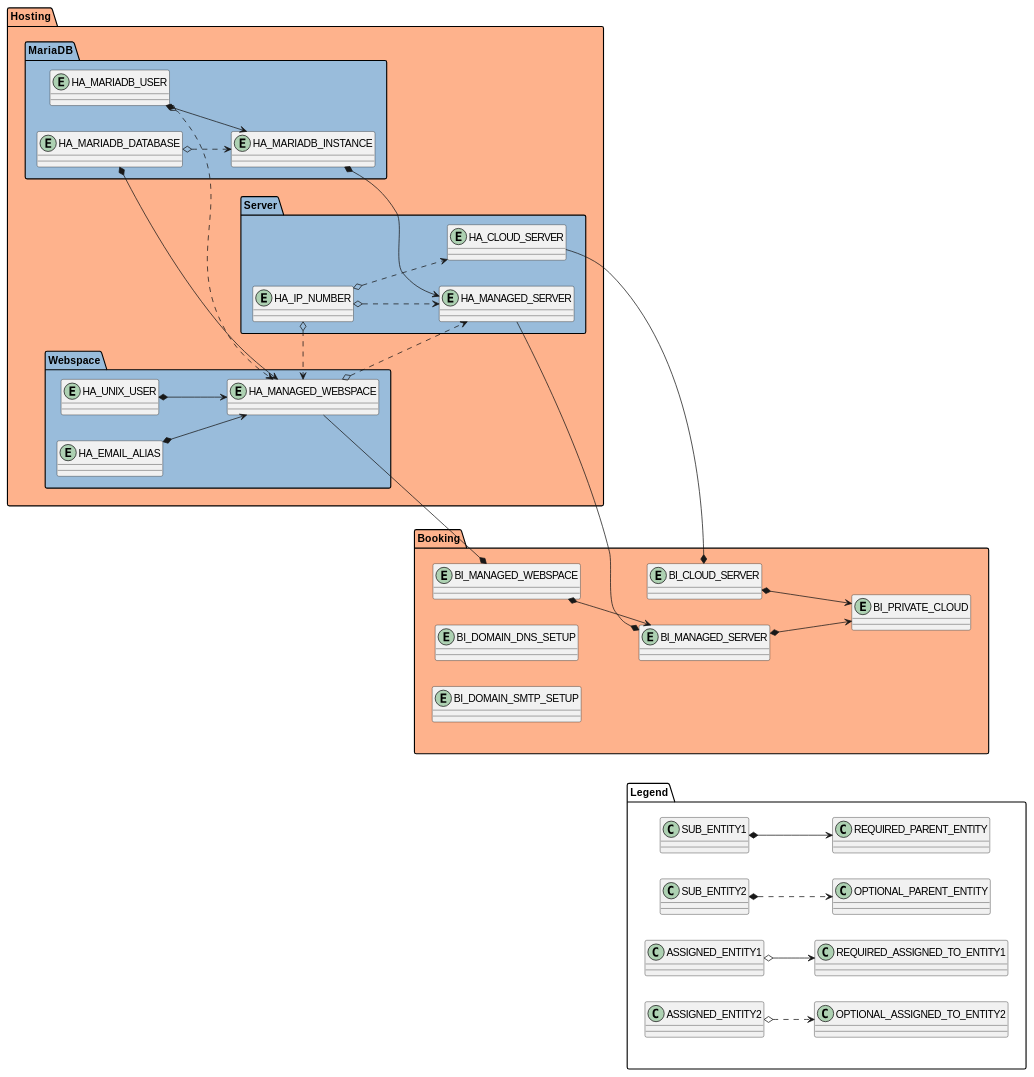
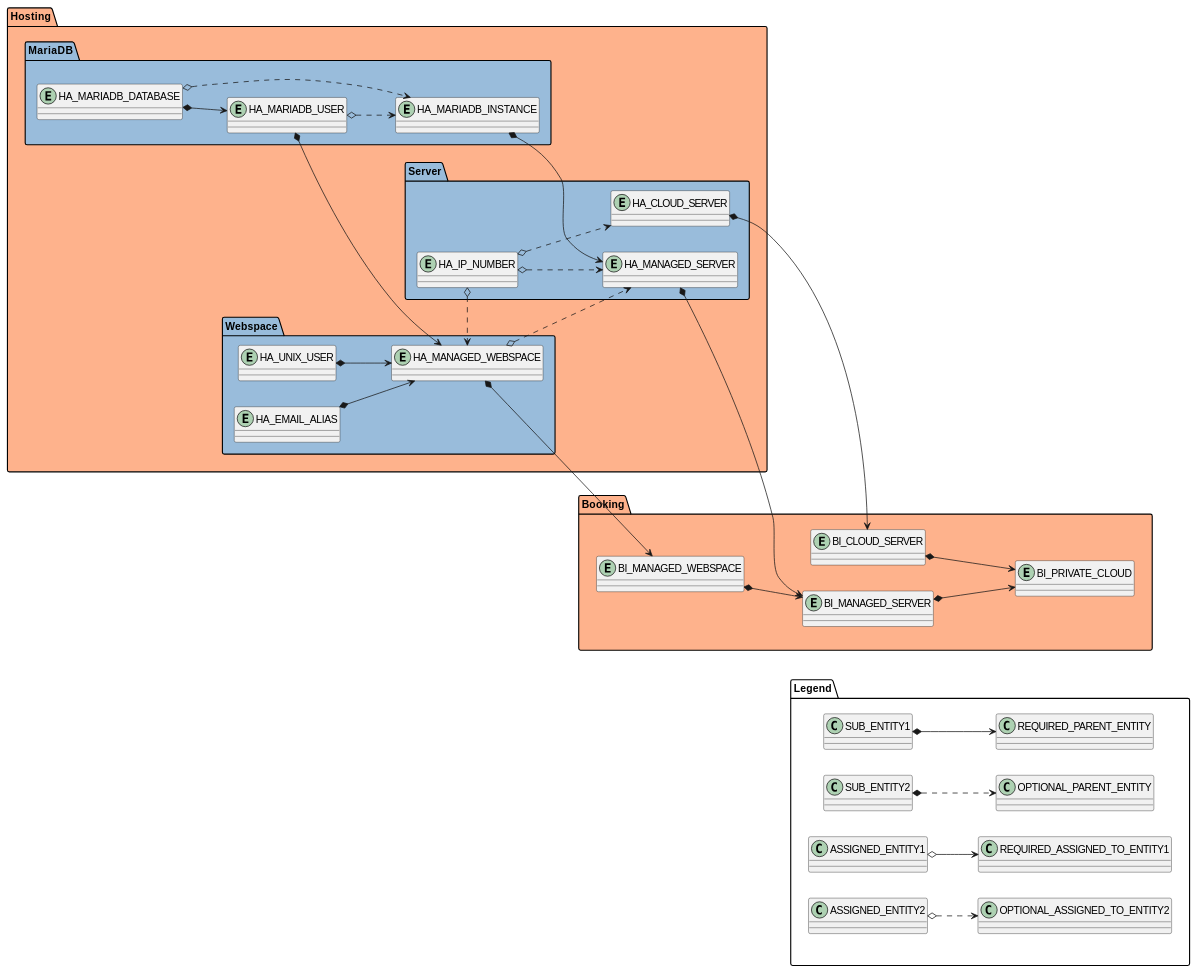
Before and after one commit to mhoennig/hs.hsadmin.ng: the second of 3 diagrams in doc/hs-hosting-asset-type-structure.md, drawn with PlantUML. The commit also changed other lines of this file and 26 other files, not shown here.

Commit message:
add-mariadb-instance-database-and-user-validations (#75)

````diff
--- a/doc/hs-hosting-asset-type-structure.md
+++ b/doc/hs-hosting-asset-type-structure.md
@@ -75,61 +76,59 @@
 ```plantuml
 @startuml
 left to right direction
 
 package Booking #feb28c {
     entity BI_PRIVATE_CLOUD
     entity BI_CLOUD_SERVER
     entity BI_MANAGED_SERVER
     entity BI_MANAGED_WEBSPACE
-    entity BI_DOMAIN_DNS_SETUP
-    entity BI_DOMAIN_SMTP_SETUP
 }
 
 package Hosting #feb28c{
     package MariaDB #99bcdb {
-        entity HA_MARIADB_INSTANCE        
-        entity HA_MARIADB_USER        
+        entity HA_MARIADB_INSTANCE
+        entity HA_MARIADB_USER
         entity HA_MARIADB_DATABASE
     }
 
     package Server #99bcdb {
-        entity HA_CLOUD_SERVER        
-        entity HA_MANAGED_SERVER        
+        entity HA_CLOUD_SERVER
+        entity HA_MANAGED_SERVER
         entity HA_IP_NUMBER
     }
 
     package Webspace #99bcdb {
-        entity HA_MANAGED_WEBSPACE        
-        entity HA_UNIX_USER        
+        entity HA_MANAGED_WEBSPACE
+        entity HA_UNIX_USER
         entity HA_EMAIL_ALIAS
     }
 
 }
 
 BI_CLOUD_SERVER *--> BI_PRIVATE_CLOUD
 BI_MANAGED_SERVER *--> BI_PRIVATE_CLOUD
 BI_MANAGED_WEBSPACE *--> BI_MANAGED_SERVER
 
-HA_CLOUD_SERVER ==* BI_CLOUD_SERVER
-HA_MANAGED_SERVER ==* BI_MANAGED_SERVER
-HA_MANAGED_WEBSPACE ==* BI_MANAGED_WEBSPACE
+HA_CLOUD_SERVER *==> BI_CLOUD_SERVER
+HA_MANAGED_SERVER *==> BI_MANAGED_SERVER
+HA_MANAGED_WEBSPACE *==> BI_MANAGED_WEBSPACE
 HA_MANAGED_WEBSPACE o..> HA_MANAGED_SERVER
 HA_UNIX_USER *==> HA_MANAGED_WEBSPACE
 HA_EMAIL_ALIAS *==> HA_MANAGED_WEBSPACE
 HA_MARIADB_INSTANCE *==> HA_MANAGED_SERVER
-HA_MARIADB_USER *==> HA_MARIADB_INSTANCE
-HA_MARIADB_USER o..> HA_MANAGED_WEBSPACE
-HA_MARIADB_DATABASE *==> HA_MANAGED_WEBSPACE
+HA_MARIADB_USER *==> HA_MANAGED_WEBSPACE
+HA_MARIADB_USER o..> HA_MARIADB_INSTANCE
+HA_MARIADB_DATABASE *==> HA_MARIADB_USER
 HA_MARIADB_DATABASE o..> HA_MARIADB_INSTANCE
 HA_IP_NUMBER o..> HA_CLOUD_SERVER
 HA_IP_NUMBER o..> HA_MANAGED_SERVER
 HA_IP_NUMBER o..> HA_MANAGED_WEBSPACE
 
 package Legend #white {
     SUB_ENTITY1 *--> REQUIRED_PARENT_ENTITY
     SUB_ENTITY2 *..> OPTIONAL_PARENT_ENTITY
     ASSIGNED_ENTITY1 o--> REQUIRED_ASSIGNED_TO_ENTITY1
     ASSIGNED_ENTITY2 o..> OPTIONAL_ASSIGNED_TO_ENTITY2
 }
 Booking -down[hidden]->Legend
 ```
````
